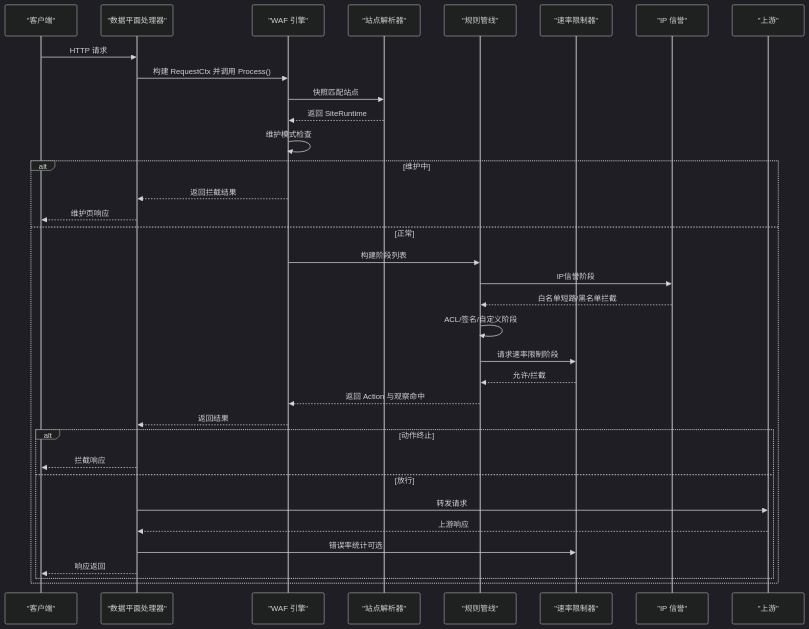
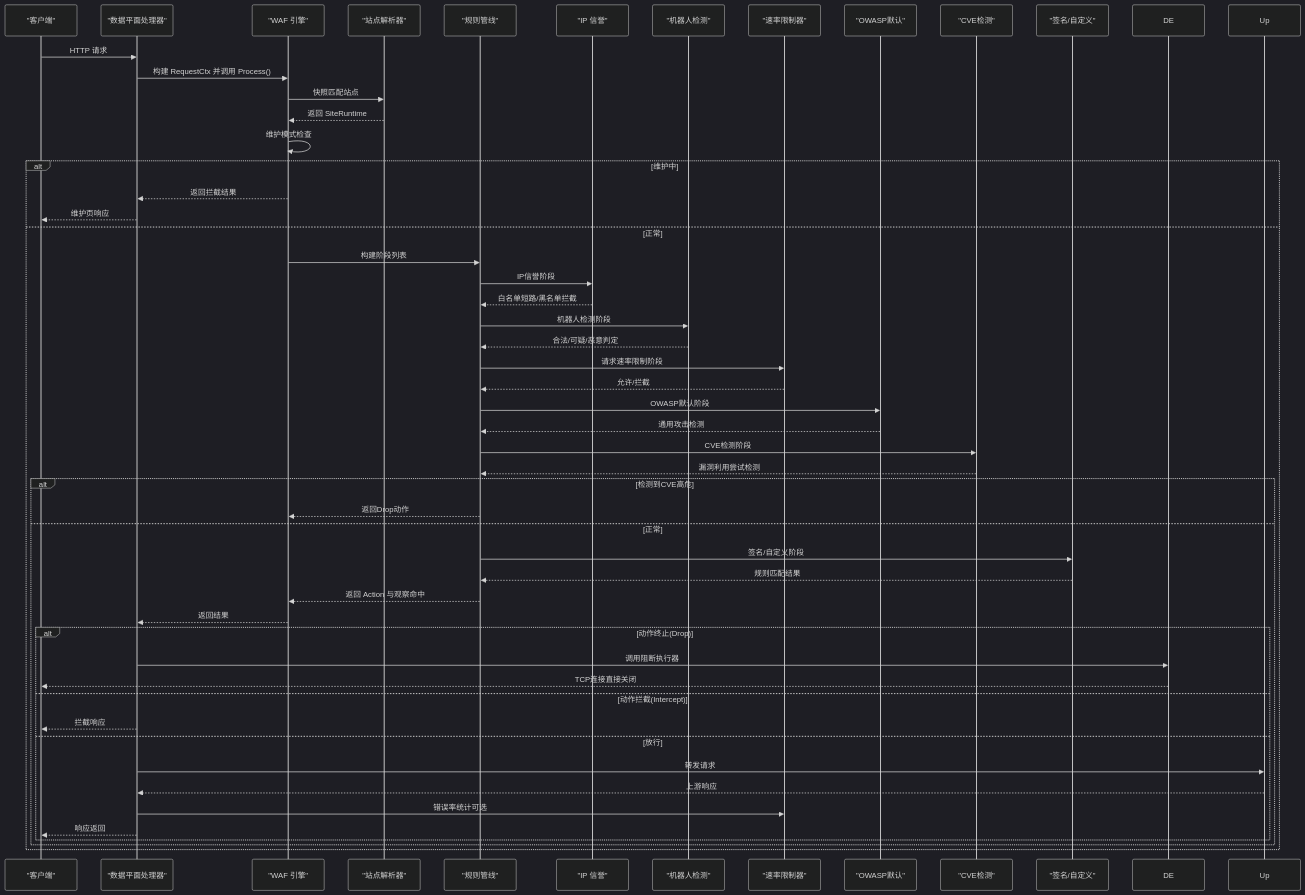
Before and after one commit to x01n/My-OpenWaf: the second of 12 diagrams in docs/WAF 引擎系统/引擎核心架构.md, drawn with Mermaid (dark theme). The commit also changed other lines of this file and 51 other files, not shown here.

````diff
--- a/docs/WAF 引擎系统/引擎核心架构.md
+++ b/docs/WAF 引擎系统/引擎核心架构.md
@@ -111,37 +139,54 @@
 ```mermaid
 sequenceDiagram
 participant Client as "客户端"
 participant DP as "数据平面处理器"
 participant Eng as "WAF 引擎"
 participant Res as "站点解析器"
 participant Pipe as "规则管线"
+participant IR as "IP 信誉"
+participant Bot as "机器人检测"
 participant RL as "速率限制器"
-participant IR as "IP 信誉"
-participant Up as "上游"
+participant OWASP as "OWASP默认"
+participant CVE as "CVE检测"
+participant Sig as "签名/自定义"
 Client->>DP : HTTP 请求
 DP->>Eng : 构建 RequestCtx 并调用 Process()
 Eng->>Res : 快照匹配站点
 Res-->>Eng : 返回 SiteRuntime
 Eng->>Eng : 维护模式检查
 alt 维护中
 Eng-->>DP : 返回拦截结果
 DP-->>Client : 维护页响应
 else 正常
 Eng->>Pipe : 构建阶段列表
 Pipe->>IR : IP信誉阶段
 IR-->>Pipe : 白名单短路/黑名单拦截
-Pipe->>Pipe : ACL/签名/自定义阶段
+Pipe->>Bot : 机器人检测阶段
+Bot-->>Pipe : 合法/可疑/恶意判定
 Pipe->>RL : 请求速率限制阶段
 RL-->>Pipe : 允许/拦截
+Pipe->>OWASP : OWASP默认阶段
+OWASP-->>Pipe : 通用攻击检测
+Pipe->>CVE : CVE检测阶段
+CVE-->>Pipe : 漏洞利用尝试检测
+alt 检测到CVE高危
+Pipe-->>Eng : 返回Drop动作
+else 正常
+Pipe->>Sig : 签名/自定义阶段
+Sig-->>Pipe : 规则匹配结果
 Pipe-->>Eng : 返回 Action 与观察命中
 Eng-->>DP : 返回结果
-alt 动作终止
+alt 动作终止(Drop)
+DP->>DE : 调用阻断执行器
+DE-->>Client : TCP连接直接关闭
+else 动作拦截(Intercept)
 DP-->>Client : 拦截响应
 else 放行
 DP->>Up : 转发请求
 Up-->>DP : 上游响应
 DP->>RL : 错误率统计可选
 DP-->>Client : 响应返回
 end
 end
+end
 ```
````
